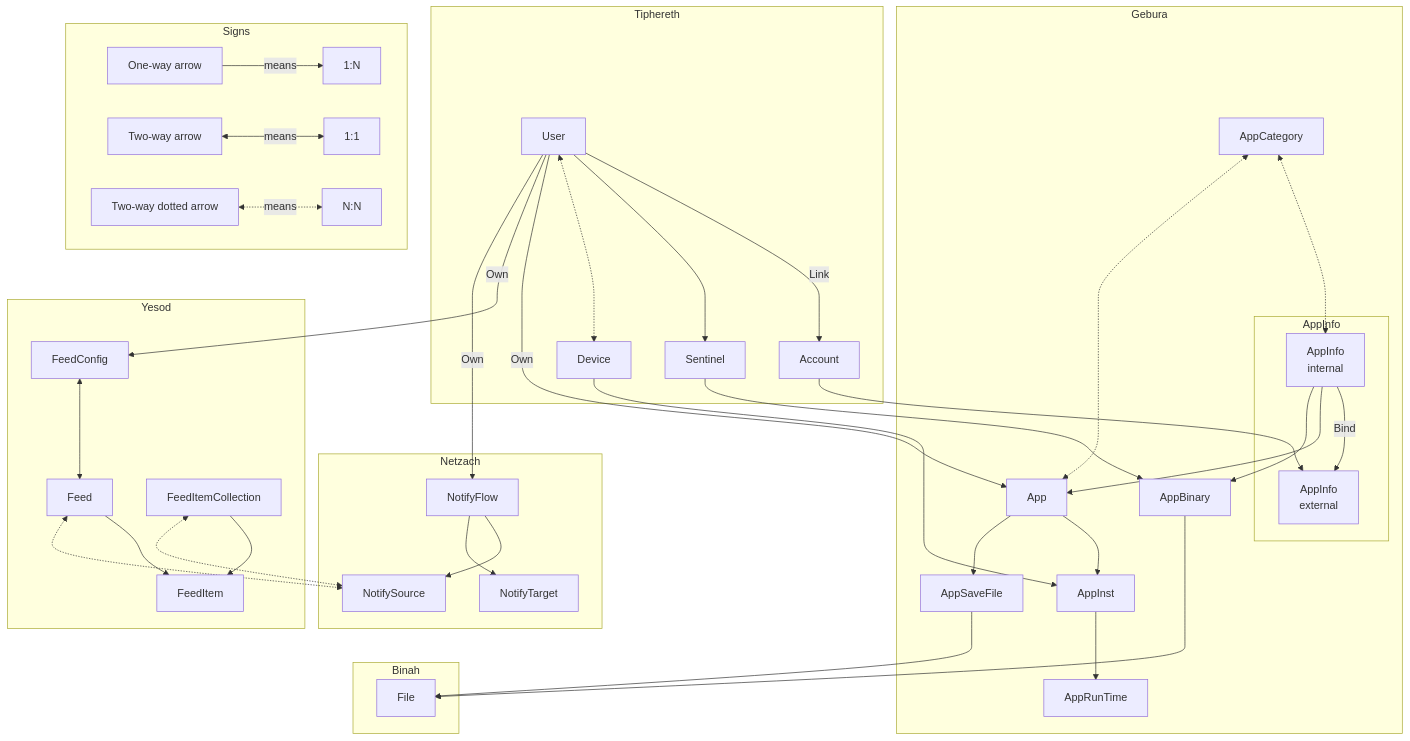
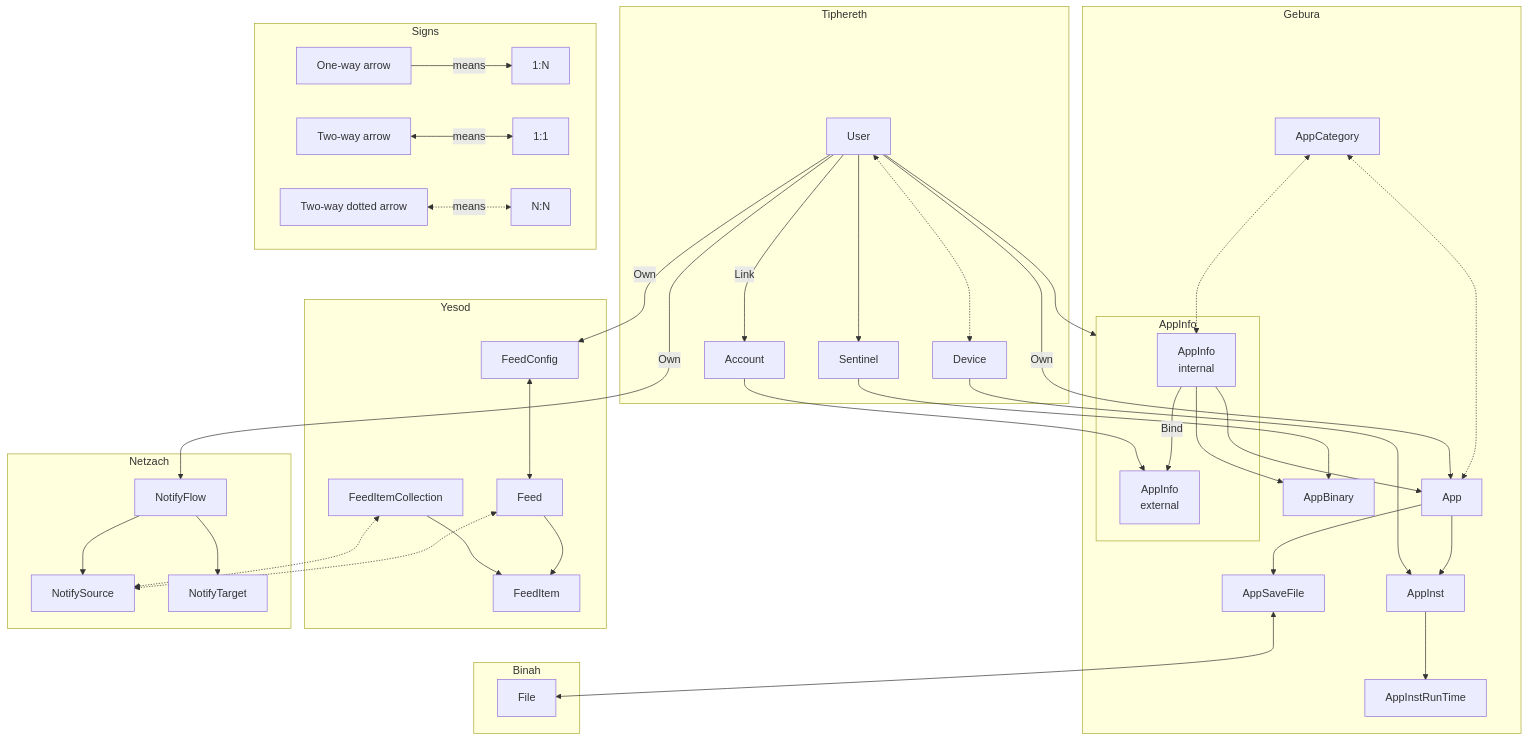
The second of 2 diagrams in docs/developer/design/architecture.md (tuihub/tuihub), drawn with Mermaid before and after one commit.

Commit message:
docs: fix architecture graph

````diff
--- a/docs/developer/design/architecture.md
+++ b/docs/developer/design/architecture.md
@@ -87,74 +87,74 @@
 ```mermaid
 graph
     subgraph Tiphereth
         User[User]
         Account[Account]
         Sentinel[Sentinel]
         Device[Device]
         User -->|Link| Account
         User --> Sentinel
         User <-.-> Device
     end
 
     subgraph Gebura
         subgraph AppInfo
         AppInfoInternal[AppInfo \n internal]
         AppInfoExternal[AppInfo \n external]
         AppInfoInternal -->|Bind| AppInfoExternal
         end
 
         App[App]
         AppInst[AppInst]
         AppBinary[AppBinary]
-        AppRunTime[AppRunTime]
+        AppInstRunTime[AppInstRunTime]
         AppSaveFile[AppSaveFile]
         AppCategory[AppCategory]
         AppInfoInternal --> App
         AppInfoInternal --> AppBinary
         App --> AppInst
         App --> AppSaveFile
-        AppInst --> AppRunTime
+        AppInst --> AppInstRunTime
         AppCategory <-.-> AppInfoInternal
         AppCategory <-.-> App
     end
 
     subgraph Yesod
         FeedConfig[FeedConfig]
         Feed[Feed]
         FeedItem[FeedItem]
         FeedItemCollection[FeedItemCollection]
         FeedConfig <--> Feed
         Feed --> FeedItem
         FeedItemCollection --> FeedItem
     end
 
     subgraph Netzach
         NotifySource[NotifySource]
         NotifyTarget[NotifyTarget]
         NotifyFlow[NotifyFlow]
         NotifyFlow --> NotifySource
         NotifyFlow --> NotifyTarget
     end
 
     subgraph Binah
         File[File]
     end
 
     Account --> AppInfoExternal
     User -->|Own| App
+    User --> AppInfo
     Sentinel --> AppBinary
     User -->|Own| FeedConfig
     User -->|Own| NotifyFlow
     Feed <-.-> NotifySource
     FeedItemCollection <-.-> NotifySource
-    AppBinary --> File
-    AppSaveFile --> File
+    AppSaveFile <--> File
     Device --> AppInst
 
     
     subgraph Signs
         OneWay[One-way arrow] -->|means| oneToN[1:N]
         TwoWay[Two-way arrow] <-->|means| nToN[1:1]
         TwoWayDotted[Two-way dotted arrow] <-.->|means| oneToNDotted[N:N]
     end
 ```
````
